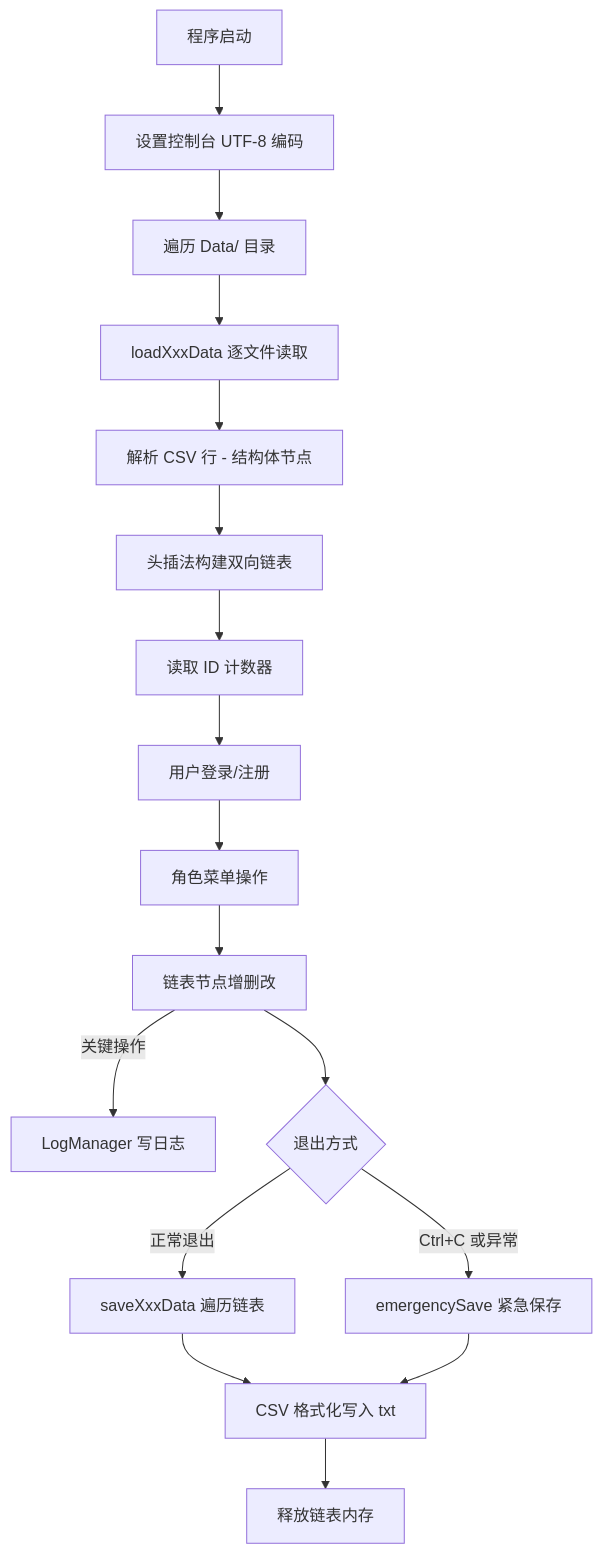
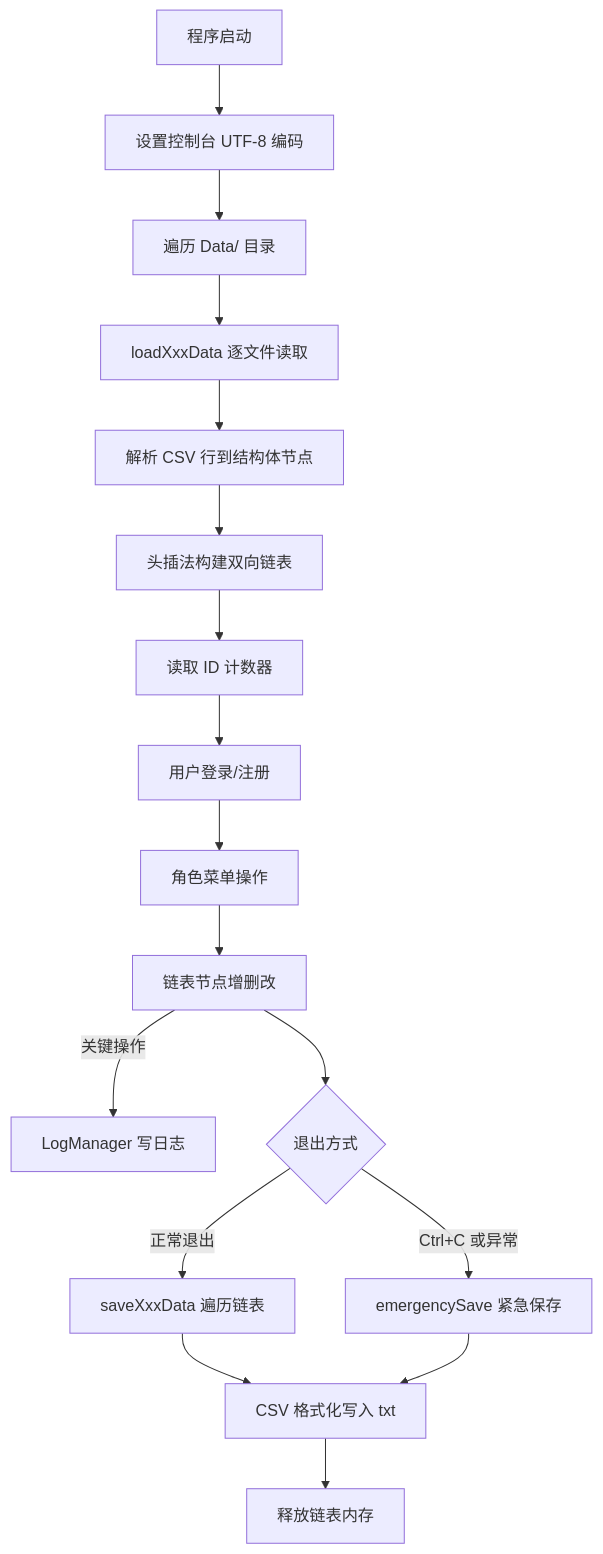
One commit to 4708gcy/HIS changed the third of 4 diagrams in Document/总结报告.md. Above: the diagram before and after it, drawn with Mermaid. The commit also changed other lines of this file and 5 other files, not shown here.

````diff
--- a/Document/总结报告.md
+++ b/Document/总结报告.md
@@ -171,19 +177,19 @@
 ```mermaid
 flowchart TD
     A[程序启动] --> B[设置控制台 UTF-8 编码]
     B --> C[遍历 Data/ 目录]
     C --> D[loadXxxData 逐文件读取]
-    D --> E[解析 CSV 行 - 结构体节点]
+    D --> E[解析 CSV 行到结构体节点]
     E --> F[头插法构建双向链表]
     F --> G[读取 ID 计数器]
     G --> H[用户登录/注册]
     H --> I[角色菜单操作]
     I --> J[链表节点增删改]
     J -->|关键操作| K[LogManager 写日志]
     J --> L{退出方式}
     L -->|正常退出| M[saveXxxData 遍历链表]
     L -->|Ctrl+C 或异常| N[emergencySave 紧急保存]
     M --> O[CSV 格式化写入 txt]
     N --> O
     O --> P[释放链表内存]
 ```
````
